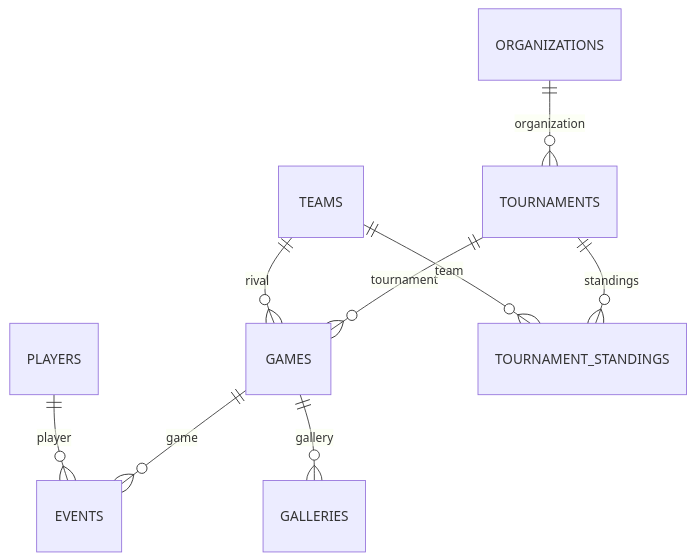
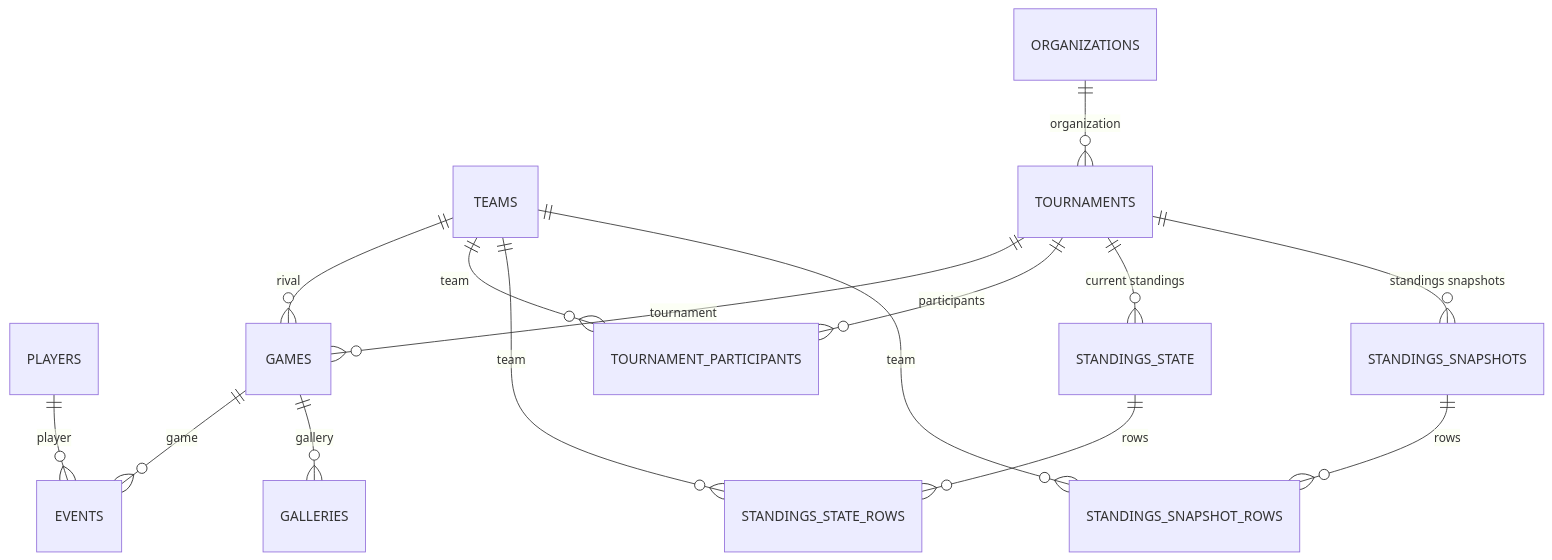
One commit to tomasbranca/MentiraFC_Page changed the diagram in DATA_MODEL.md. Above: the diagram before and after it, drawn with Mermaid. The commit also changed other lines of this file and 32 other files, not shown here.

Commit message:
feat: automate standings snapshots with participant validation

````diff
--- a/DATA_MODEL.md
+++ b/DATA_MODEL.md
@@ -353,11 +434,17 @@
 ```mermaid
 erDiagram
   PLAYERS ||--o{ EVENTS : "player"
   GAMES ||--o{ EVENTS : "game"
   GAMES ||--o{ GALLERIES : "gallery"
   TEAMS ||--o{ GAMES : "rival"
   TOURNAMENTS ||--o{ GAMES : "tournament"
+  TOURNAMENTS ||--o{ TOURNAMENT_PARTICIPANTS : "participants"
+  TEAMS ||--o{ TOURNAMENT_PARTICIPANTS : "team"
+  TOURNAMENTS ||--o{ STANDINGS_STATE : "current standings"
+  TEAMS ||--o{ STANDINGS_STATE_ROWS : "team"
+  STANDINGS_STATE ||--o{ STANDINGS_STATE_ROWS : "rows"
+  TOURNAMENTS ||--o{ STANDINGS_SNAPSHOTS : "standings snapshots"
   ORGANIZATIONS ||--o{ TOURNAMENTS : "organization"
-  TEAMS ||--o{ TOURNAMENT_STANDINGS : "team"
-  TOURNAMENTS ||--o{ TOURNAMENT_STANDINGS : "standings"
+  TEAMS ||--o{ STANDINGS_SNAPSHOT_ROWS : "team"
+  STANDINGS_SNAPSHOTS ||--o{ STANDINGS_SNAPSHOT_ROWS : "rows"
 ```
````
